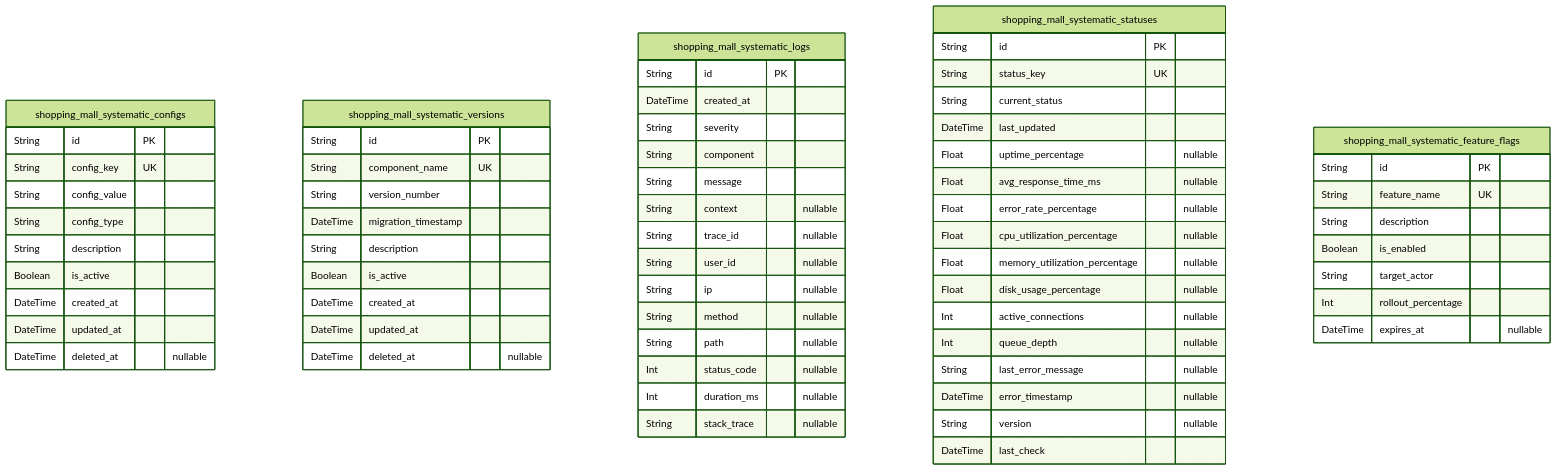
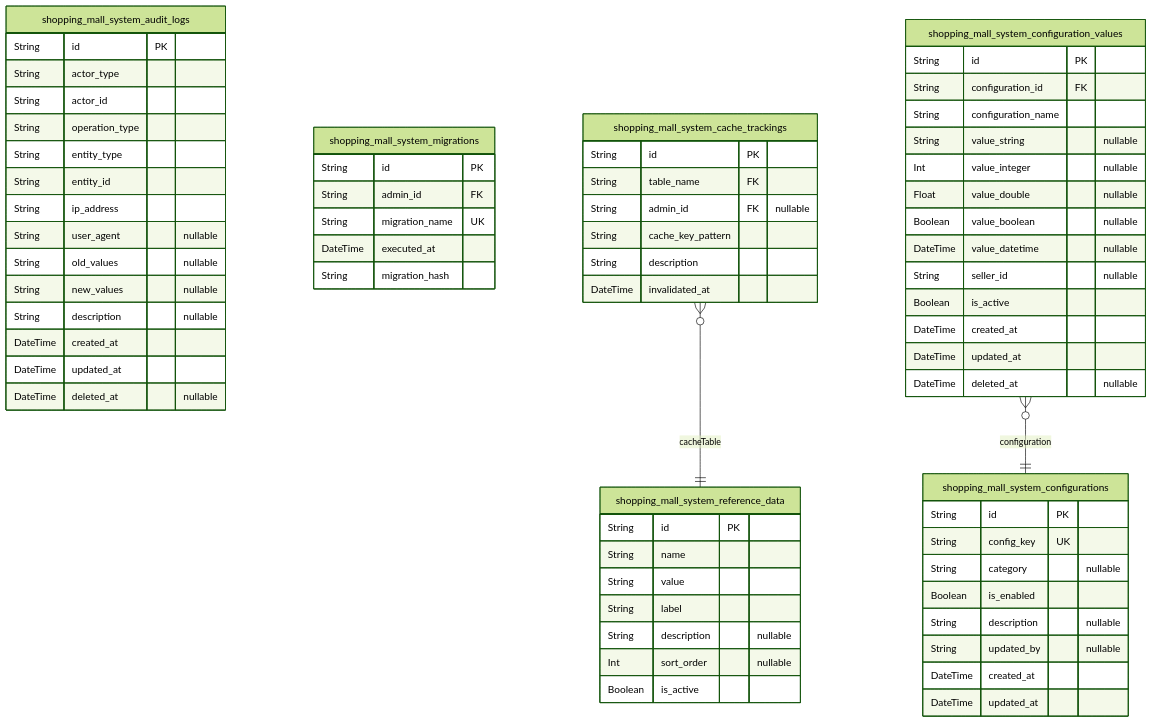
One commit to wrtnlabs/autobe-examples changed the second of 9 diagrams in qwen/qwen3-coder-next/shopping/docs/ERD.md. Above: the diagram before and after it, drawn with Mermaid (forest theme). The commit also changed other lines of this file and 25939 other files, not shown here.

````diff
--- a/qwen/qwen3-coder-next/shopping/docs/ERD.md
+++ b/qwen/qwen3-coder-next/shopping/docs/ERD.md
@@ -613,68 +377,70 @@
 ```mermaid
 erDiagram
-"shopping_mall_systematic_configs" {
+"shopping_mall_system_audit_logs" {
+  String id PK
+  String actor_type
+  String actor_id
+  String operation_type
+  String entity_type
+  String entity_id
+  String ip_address
+  String user_agent "nullable"
+  String old_values "nullable"
+  String new_values "nullable"
+  String description "nullable"
+  DateTime created_at
+  DateTime updated_at
+  DateTime deleted_at "nullable"
+}
+"shopping_mall_system_configurations" {
   String id PK
   String config_key UK
-  String config_value
-  String config_type
+  String category "nullable"
+  Boolean is_enabled
+  String description "nullable"
+  String updated_by "nullable"
+  DateTime created_at
+  DateTime updated_at
+}
+"shopping_mall_system_reference_data" {
+  String id PK
+  String name
+  String value
+  String label
+  String description "nullable"
+  Int sort_order "nullable"
+  Boolean is_active
+}
+"shopping_mall_system_migrations" {
+  String id PK
+  String admin_id FK
+  String migration_name UK
+  DateTime executed_at
+  String migration_hash
+}
+"shopping_mall_system_cache_trackings" {
+  String id PK
+  String table_name FK
+  String admin_id FK "nullable"
+  String cache_key_pattern
   String description
+  DateTime invalidated_at
+}
+"shopping_mall_system_configuration_values" {
+  String id PK
+  String configuration_id FK
+  String configuration_name
+  String value_string "nullable"
+  Int value_integer "nullable"
+  Float value_double "nullable"
+  Boolean value_boolean "nullable"
+  DateTime value_datetime "nullable"
+  String seller_id "nullable"
   Boolean is_active
   DateTime created_at
   DateTime updated_at
   DateTime deleted_at "nullable"
 }
-"shopping_mall_systematic_versions" {
-  String id PK
-  String component_name UK
-  String version_number
-  DateTime migration_timestamp
-  String description
-  Boolean is_active
-  DateTime created_at
-  DateTime updated_at
-  DateTime deleted_at "nullable"
-}
-"shopping_mall_systematic_logs" {
-  String id PK
-  DateTime created_at
-  String severity
-  String component
-  String message
-  String context "nullable"
-  String trace_id "nullable"
-  String user_id "nullable"
-  String ip "nullable"
-  String method "nullable"
-  String path "nullable"
-  Int status_code "nullable"
-  Int duration_ms "nullable"
-  String stack_trace "nullable"
-}
-"shopping_mall_systematic_statuses" {
-  String id PK
-  String status_key UK
-  String current_status
-  DateTime last_updated
-  Float uptime_percentage "nullable"
-  Float avg_response_time_ms "nullable"
-  Float error_rate_percentage "nullable"
-  Float cpu_utilization_percentage "nullable"
-  Float memory_utilization_percentage "nullable"
-  Float disk_usage_percentage "nullable"
-  Int active_connections "nullable"
-  Int queue_depth "nullable"
-  String last_error_message "nullable"
-  DateTime error_timestamp "nullable"
-  String version "nullable"
-  DateTime last_check
-}
-"shopping_mall_systematic_feature_flags" {
-  String id PK
-  String feature_name UK
-  String description
-  Boolean is_enabled
-  String target_actor
-  Int rollout_percentage
-  DateTime expires_at "nullable"
-}
+"shopping_mall_system_cache_trackings" }o--|| "shopping_mall_system_reference_data" : cacheTable
+"shopping_mall_system_configuration_values" }o--|| "shopping_mall_system_configurations" : configuration
 ```
````
